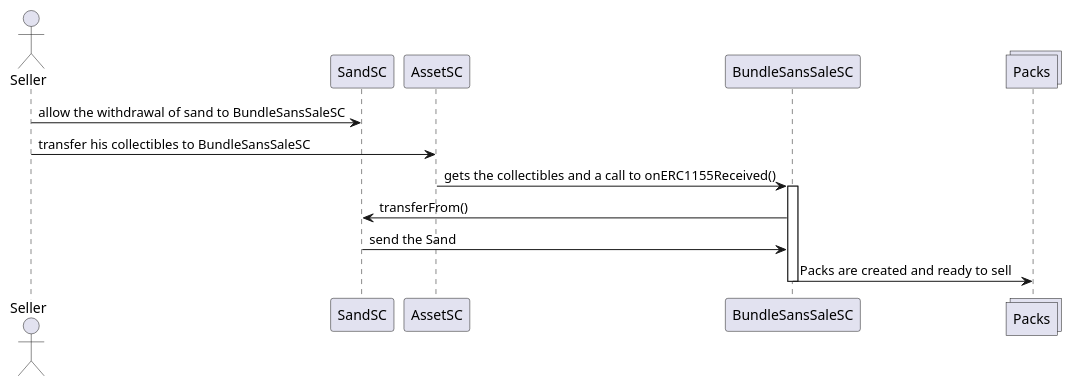
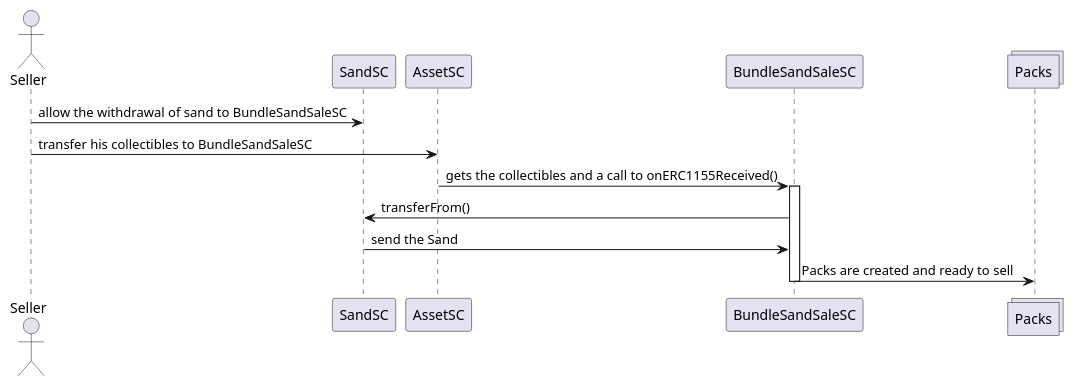
The second of 5 diagrams in docs/topics/sand/bundle-sand-sale.md (thesandboxgame/sandbox-smart-contracts), drawn with PlantUML before and after one commit. The commit also changed other lines of this file and 1 other file, not shown here.

````diff
--- a/docs/topics/sand/bundle-sand-sale.md
+++ b/docs/topics/sand/bundle-sand-sale.md
@@ -97,16 +97,16 @@
 ```plantuml
 actor Seller
 participant SandSC
 participant AssetSC
-participant BundleSansSaleSC
+participant BundleSandSaleSC
 collections Packs
 
-"Seller" -> "SandSC": allow the withdrawal of sand to BundleSansSaleSC  
-"Seller" -> "AssetSC": transfer his collectibles to BundleSansSaleSC
-"AssetSC" -> "BundleSansSaleSC": gets the collectibles and a call to onERC1155Received()
-activate BundleSansSaleSC
-"BundleSansSaleSC" -> "SandSC": transferFrom()
-"SandSC" -> "BundleSansSaleSC": send the Sand
-"BundleSansSaleSC" -> "Packs": Packs are created and ready to sell
-deactivate BundleSansSaleSC
+"Seller" -> "SandSC": allow the withdrawal of sand to BundleSandSaleSC  
+"Seller" -> "AssetSC": transfer his collectibles to BundleSandSaleSC
+"AssetSC" -> "BundleSandSaleSC": gets the collectibles and a call to onERC1155Received()
+activate BundleSandSaleSC
+"BundleSandSaleSC" -> "SandSC": transferFrom()
+"SandSC" -> "BundleSandSaleSC": send the Sand
+"BundleSandSaleSC" -> "Packs": Packs are created and ready to sell
+deactivate BundleSandSaleSC
 ```
````
